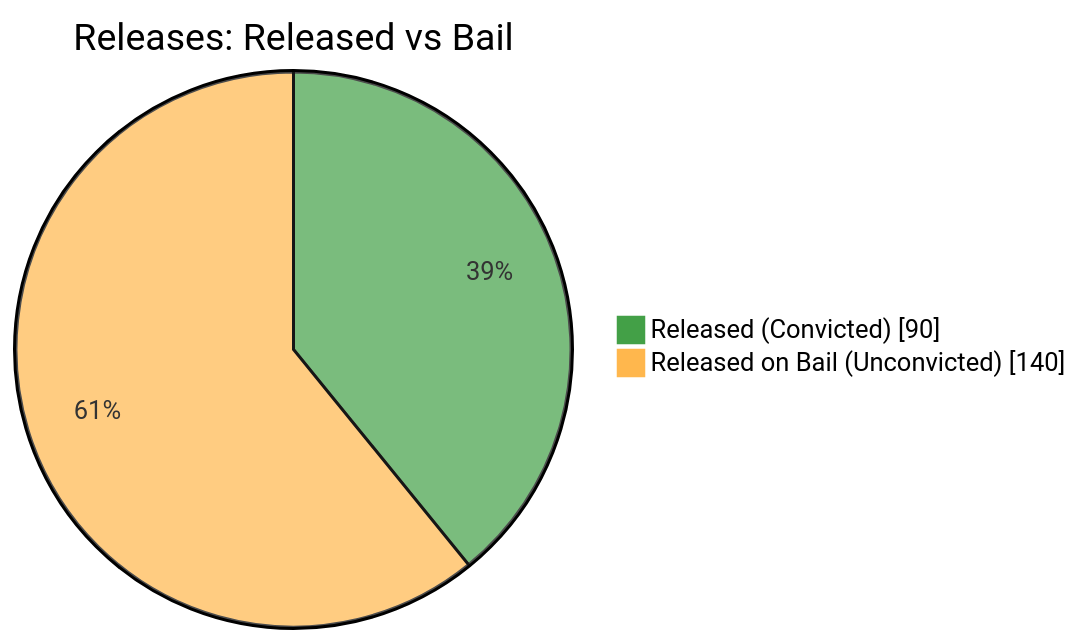
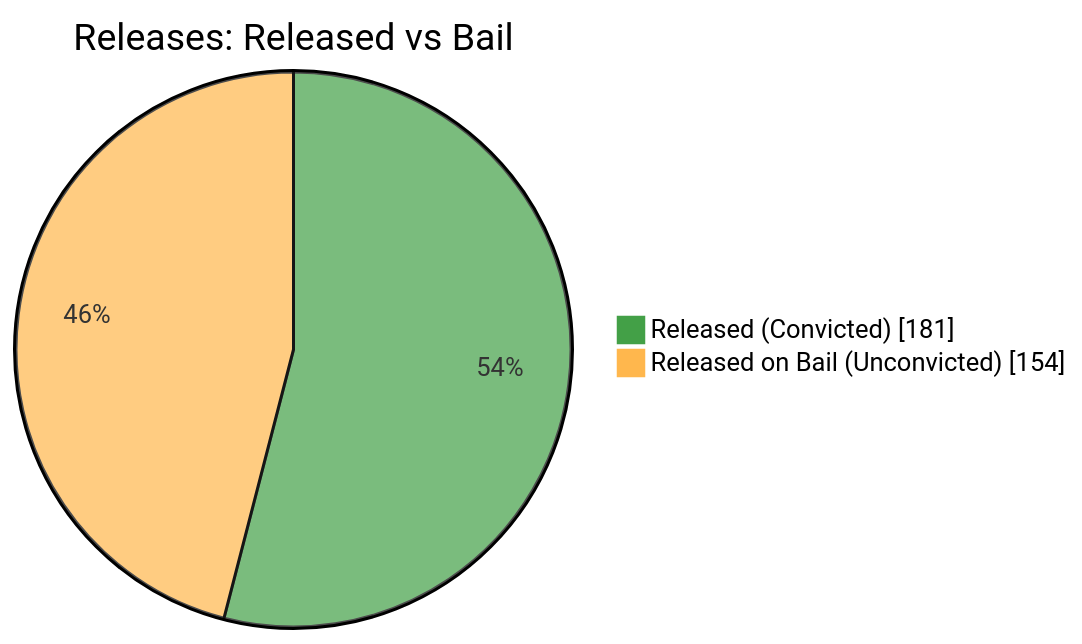
One commit to nuuuwan/lk_prisons changed the fifth of 7 diagrams in README.md. Above: the diagram before and after it, drawn with Mermaid. The commit also changed other lines of this file and 1 other file, not shown here.

````diff
--- a/README.md
+++ b/README.md
@@ -87,6 +87,6 @@
 ```mermaid
 %%{init: {'themeVariables': {'pie1': '#43A047', 'pie2': '#FFB74D'}}}%%
 pie showData title Releases: Released vs Bail
-    "Released (Convicted)" : 90
-    "Released on Bail (Unconvicted)" : 140
+    "Released (Convicted)" : 181
+    "Released on Bail (Unconvicted)" : 154
 ```
````
